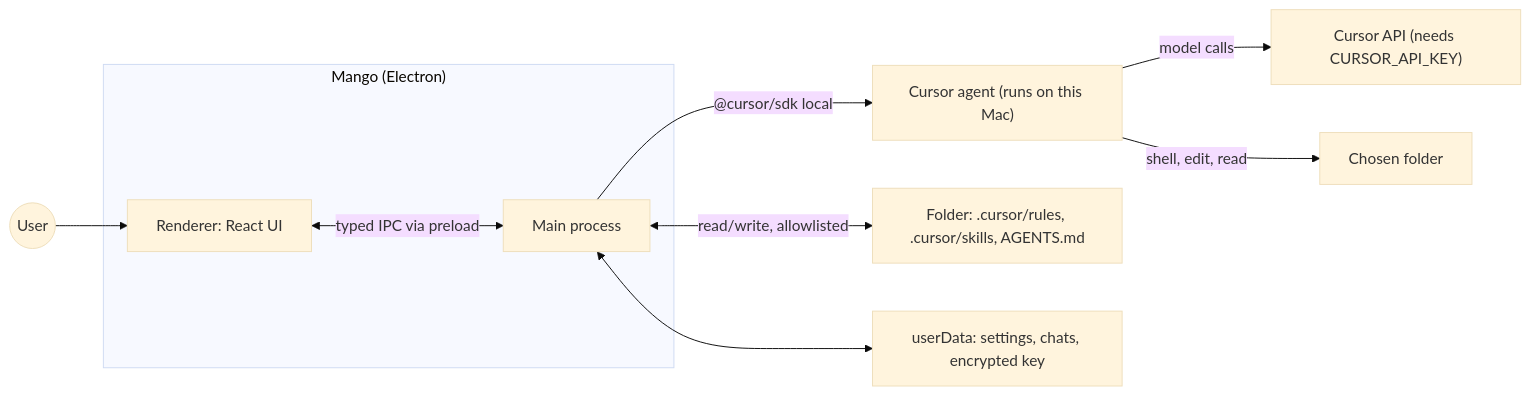
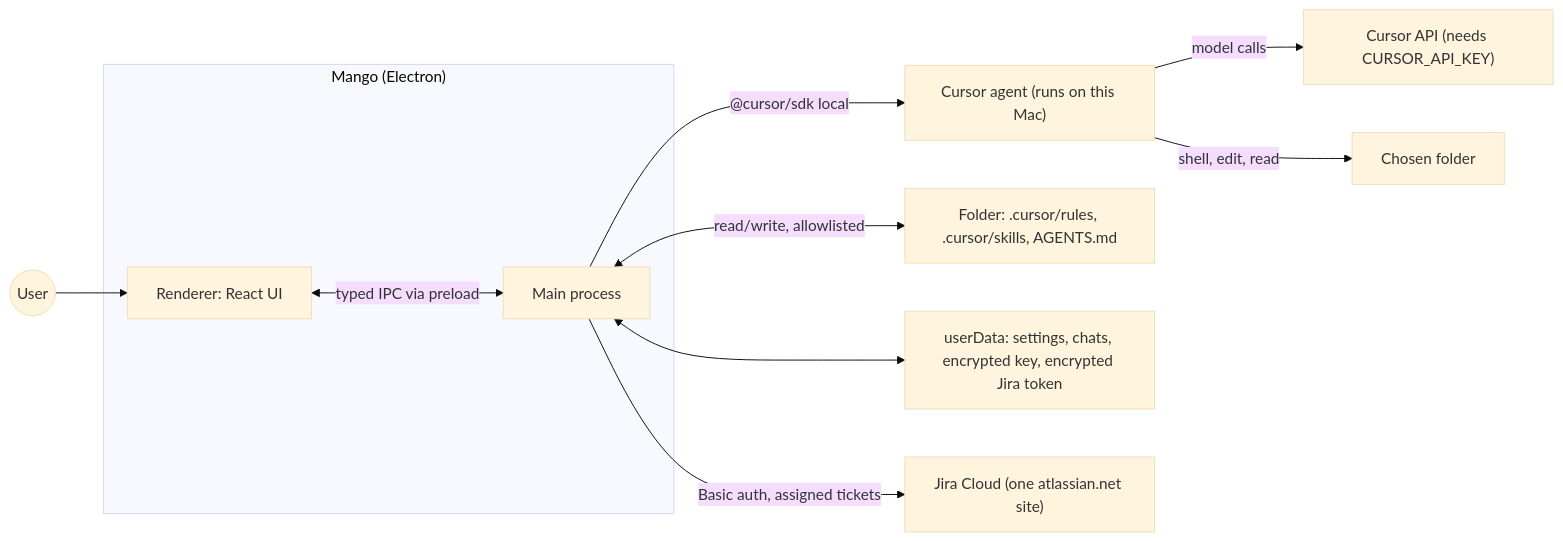
The first of 2 diagrams in docs/architecture.md (valentin-barakov/flowFE), drawn with Mermaid (base theme) before and after one commit. The commit also changed other lines of this file and 30 other files, not shown here.

First line of the commit message:
Add Jira tickets and subagent cards.

````diff
--- a/docs/architecture.md
+++ b/docs/architecture.md
@@ -7,12 +7,13 @@
 ```mermaid
 flowchart LR
     User((User)) --> UI
     subgraph App["Mango (Electron)"]
         UI["Renderer: React UI"] <-->|"typed IPC via preload"| Main["Main process"]
     end
     Main -->|"@cursor/sdk local"| Agent["Cursor agent (runs on this Mac)"]
     Main <-->|"read/write, allowlisted"| Files["Folder: .cursor/rules, .cursor/skills, AGENTS.md"]
-    Main <--> UserData["userData: settings, chats, encrypted key"]
+    Main <--> UserData["userData: settings, chats, encrypted key, encrypted Jira token"]
+    Main -->|"Basic auth, assigned tickets"| Jira["Jira Cloud (one atlassian.net site)"]
     Agent -->|"model calls"| Cursor["Cursor API (needs CURSOR_API_KEY)"]
     Agent -->|"shell, edit, read"| Folder["Chosen folder"]
 ```
````
